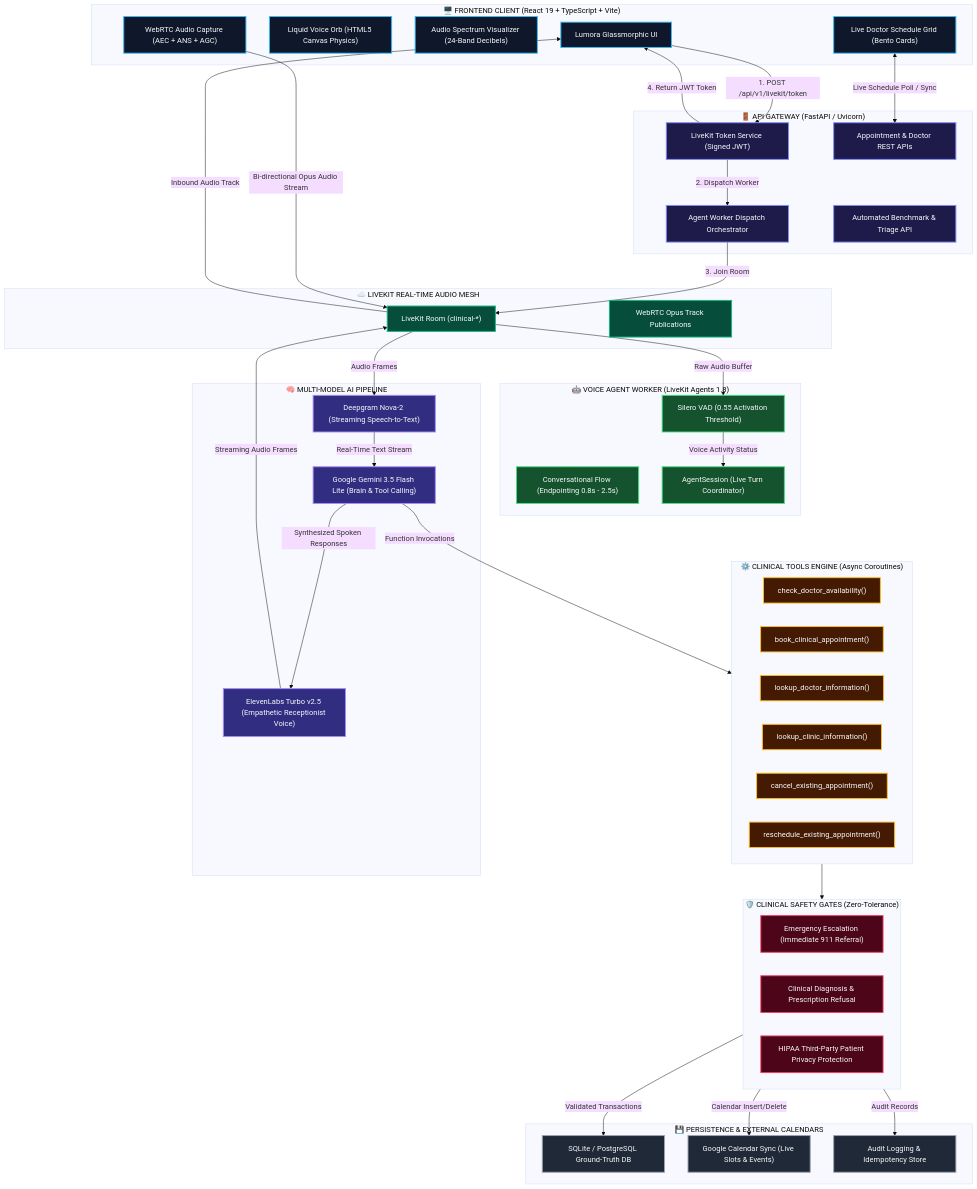
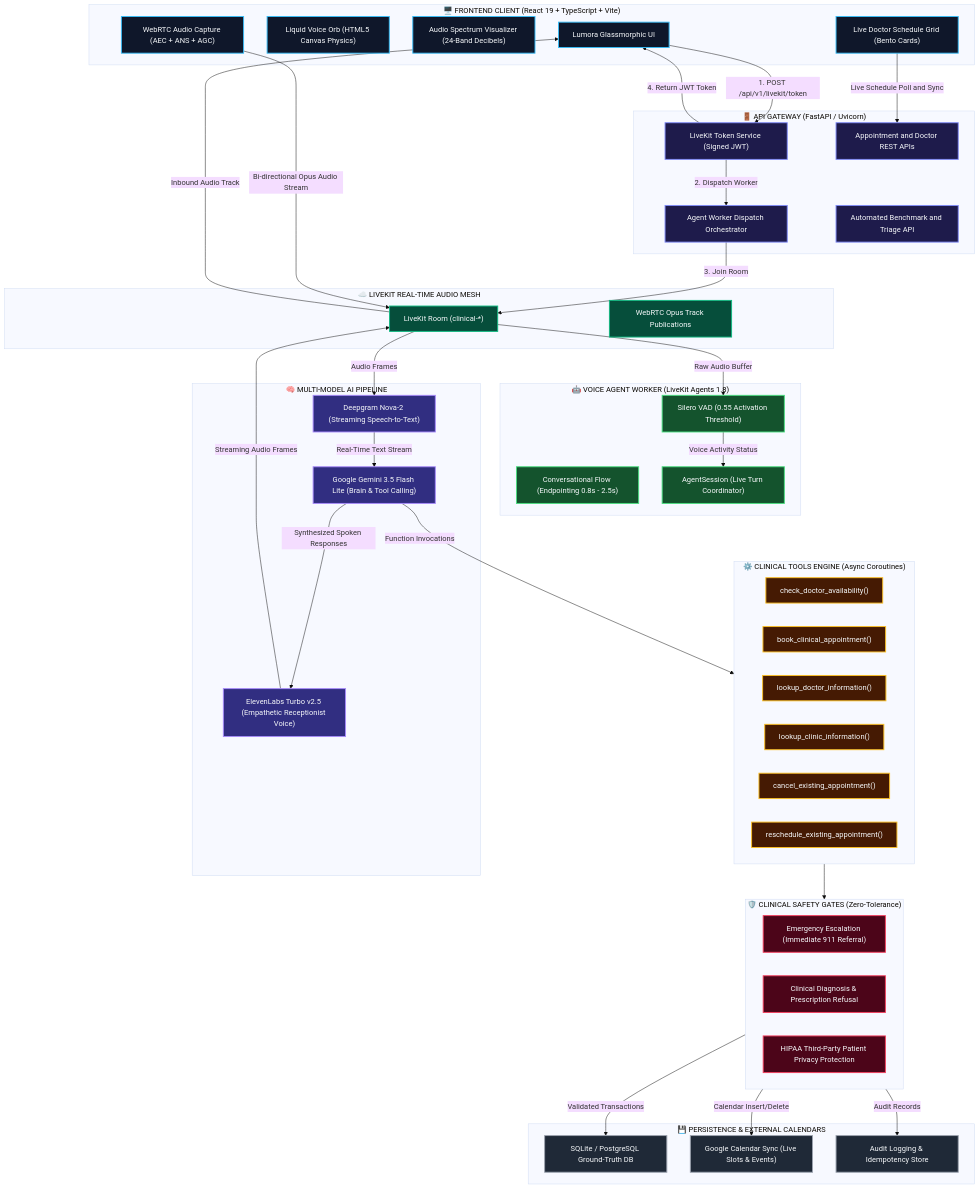
One commit to Naresh-Kumar17/Voice_Agent changed the first of 4 diagrams in README.md. Above: the diagram before and after it, drawn with Mermaid (base theme). The commit also changed other lines of this file, not shown here.

Commit message:
fix(docs): resolve Mermaid sequence diagram semicolon parse error and sanitize node text

````diff
--- a/README.md
+++ b/README.md
@@ -80,8 +80,8 @@
     subgraph Gateway["🚪 API GATEWAY (FastAPI / Uvicorn)"]
         AuthRoute["LiveKit Token Service (Signed JWT)"]:::gatewayStyle
         DispatchRoute["Agent Worker Dispatch Orchestrator"]:::gatewayStyle
-        ApptAPI["Appointment & Doctor REST APIs"]:::gatewayStyle
-        EvalAPI["Automated Benchmark & Triage API"]:::gatewayStyle
+        ApptAPI["Appointment and Doctor REST APIs"]:::gatewayStyle
+        EvalAPI["Automated Benchmark and Triage API"]:::gatewayStyle
     end
 
     subgraph RTC["☁️ LIVEKIT REAL-TIME AUDIO MESH"]
@@ -144,5 +144,5 @@
     Safety -->|Validated Transactions| SQLite
     Safety -->|Calendar Insert/Delete| GCal
     Safety -->|Audit Records| AuditLog
-    CalUI <-->|Live Schedule Poll / Sync| ApptAPI
+    CalUI -->|Live Schedule Poll and Sync| ApptAPI
 ```
````
